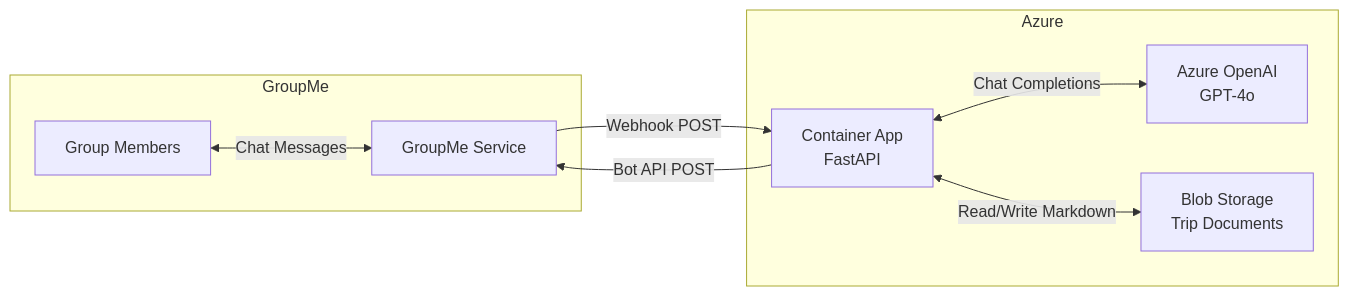
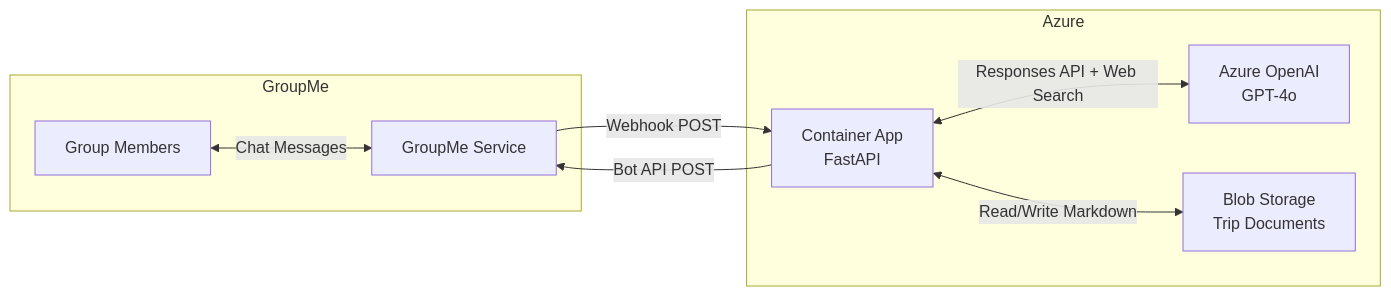
One commit to marlobello/groupmetravelbot changed the first of 6 diagrams in docs/architecture.md. Above: the diagram before and after it, drawn with Mermaid. The commit also changed 8 other files, not shown here.

First line of the commit message:
M1: migrate chat backend to the sensei Foundry project with hosted Web Search

````diff
--- a/docs/architecture.md
+++ b/docs/architecture.md
@@ -7,19 +7,19 @@
 ```mermaid
 graph LR
     subgraph GroupMe
         Users[Group Members]
         GM[GroupMe Service]
     end
 
     subgraph Azure
         ACA[Container App<br/>FastAPI]
         OpenAI[Azure OpenAI<br/>GPT-4o]
         Blob[Blob Storage<br/>Trip Documents]
     end
 
     Users <-->|Chat Messages| GM
     GM -->|Webhook POST| ACA
     ACA -->|Bot API POST| GM
-    ACA <-->|Chat Completions| OpenAI
+    ACA <-->|Responses API + Web Search| OpenAI
     ACA <-->|Read/Write Markdown| Blob
 ```
````
